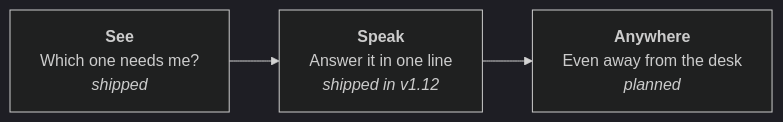
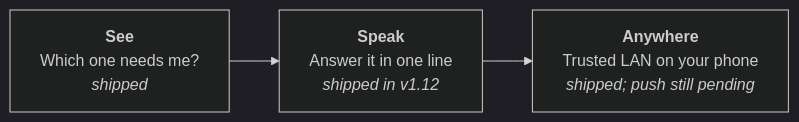
The first of 2 diagrams in README.md (ctliz/TmuxDeck), drawn with Mermaid (dark theme) before and after one commit. The commit also changed other lines of this file and 23 other files, not shown here.

````diff
--- a/README.md
+++ b/README.md
@@ -90,7 +90,7 @@
 ```mermaid
 flowchart LR
     A["<b>See</b><br/>Which one needs me?<br/><i>shipped</i>"]
     B["<b>Speak</b><br/>Answer it in one line<br/><i>shipped in v1.12</i>"]
-    C["<b>Anywhere</b><br/>Even away from the desk<br/><i>planned</i>"]
+    C["<b>Anywhere</b><br/>Trusted LAN on your phone<br/><i>shipped; push still pending</i>"]
     A --> B --> C
 ```
````
